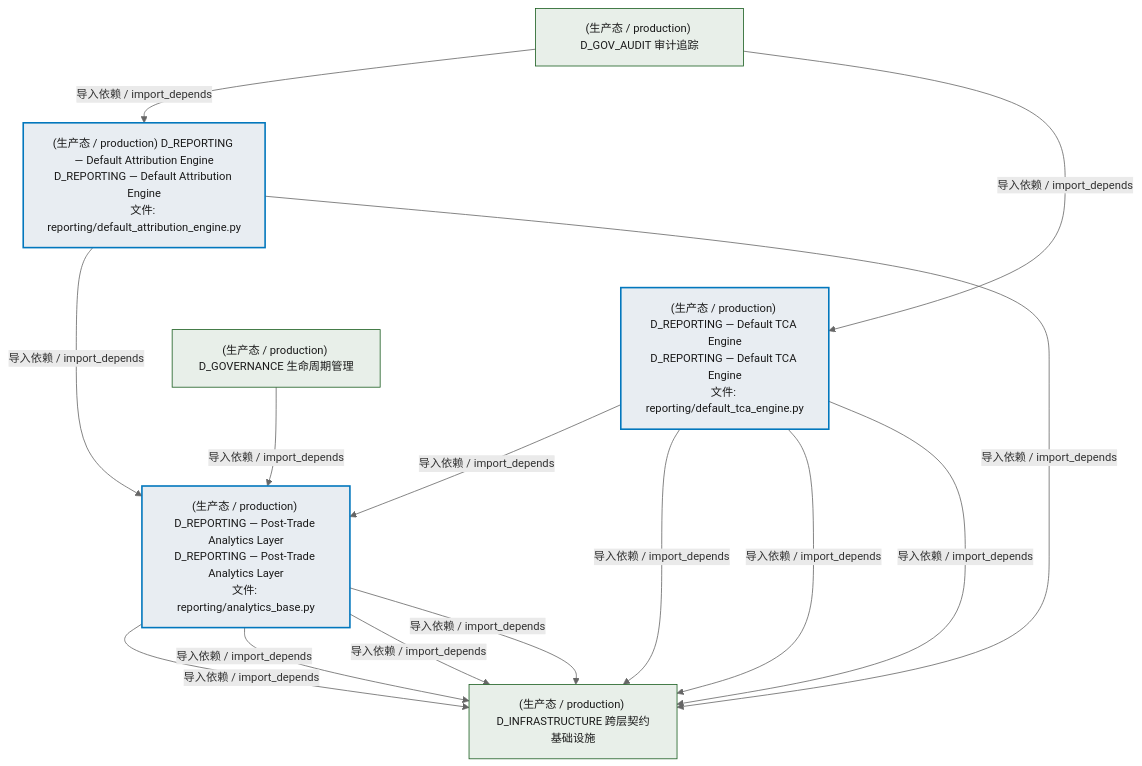
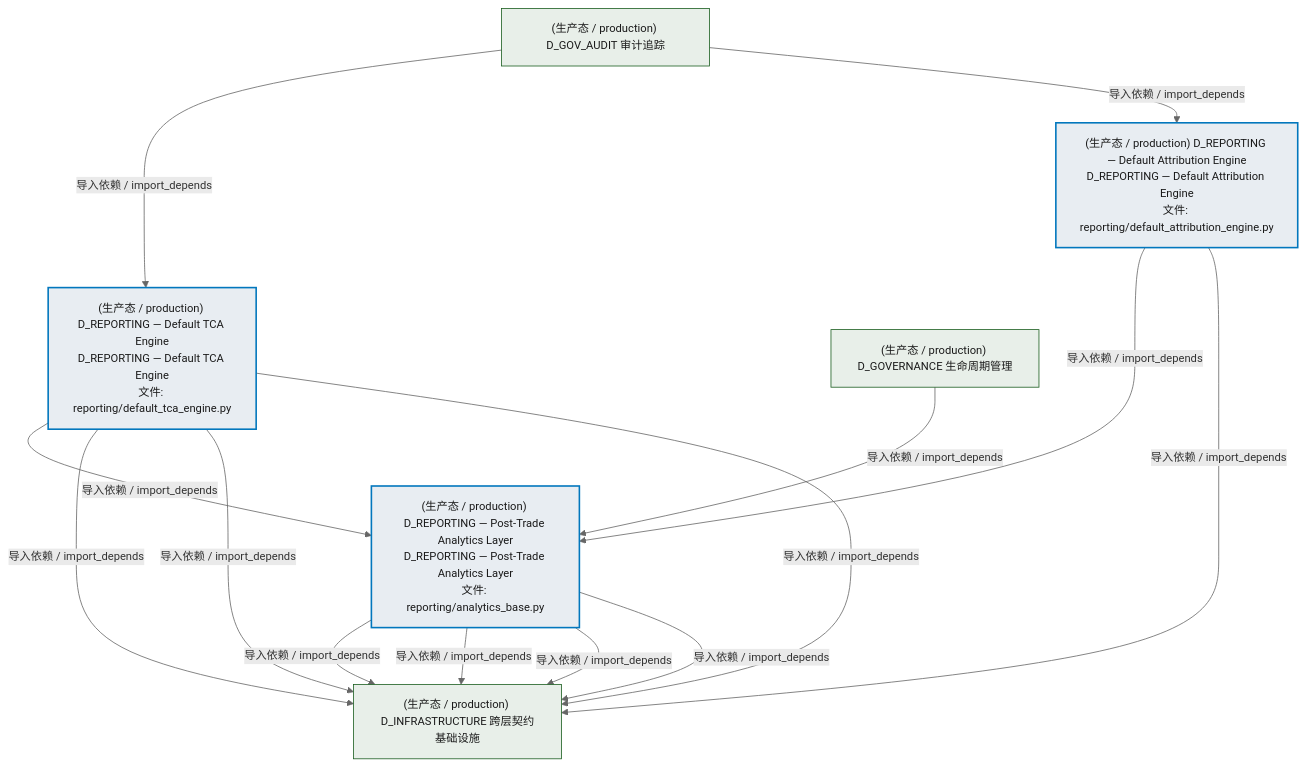
One commit to xuanFelixVan/ZephyrAlpha changed the second of 3 diagrams in docs/02_enterprise_architecture/02_domain_architecture_docs/26_d_reporting.md. Above: the diagram before and after it, drawn with Mermaid. The commit also changed other lines of this file and 41 other files, not shown here.

````diff
--- a/docs/02_enterprise_architecture/02_domain_architecture_docs/26_d_reporting.md
+++ b/docs/02_enterprise_architecture/02_domain_architecture_docs/26_d_reporting.md
@@ -100,30 +100,30 @@
 ```mermaid
 %%{init: {'theme': 'base', 'themeVariables': {'primaryColor': '#eaeaea', 'primaryTextColor': '#333333', 'primaryBorderColor': '#666666', 'lineColor': '#666666', 'secondaryColor': '#eaeaea', 'tertiaryColor': '#eaeaea', 'fontSize': '14px'}}}%%
 flowchart TD
     src_zephyr_reporting_default_attribution_engine_py["(生产态 / production) D_REPORTING — Default Attribution Engine<br/>D_REPORTING — Default Attribution Engine<br/>文件: reporting/default_attribution_engine.py"]
     src_zephyr_reporting_default_tca_engine_py["(生产态 / production) D_REPORTING — Default TCA Engine<br/>D_REPORTING — Default TCA Engine<br/>文件: reporting/default_tca_engine.py"]
     src_zephyr_reporting_default_attribution_engine_py ~~~ src_zephyr_reporting_default_tca_engine_py
     src_zephyr_reporting_analytics_base_py["(生产态 / production) D_REPORTING — Post-Trade Analytics Layer<br/>D_REPORTING — Post-Trade Analytics Layer<br/>文件: reporting/analytics_base.py"]
+    src_zephyr_reporting_default_tca_engine_py -->|导入依赖 / import_depends| src_zephyr_reporting_analytics_base_py
     src_zephyr_reporting_default_attribution_engine_py -->|导入依赖 / import_depends| src_zephyr_reporting_analytics_base_py
-    src_zephyr_reporting_default_tca_engine_py -->|导入依赖 / import_depends| src_zephyr_reporting_analytics_base_py
     D_INFRASTRUCTURE["(生产态 / production) D_INFRASTRUCTURE 跨层契约基础设施"]
     src_zephyr_reporting_default_tca_engine_py -->|导入依赖 / import_depends| D_INFRASTRUCTURE
     src_zephyr_reporting_analytics_base_py -->|导入依赖 / import_depends| D_INFRASTRUCTURE
     src_zephyr_reporting_default_tca_engine_py -->|导入依赖 / import_depends| D_INFRASTRUCTURE
     src_zephyr_reporting_analytics_base_py -->|导入依赖 / import_depends| D_INFRASTRUCTURE
     src_zephyr_reporting_analytics_base_py -->|导入依赖 / import_depends| D_INFRASTRUCTURE
     src_zephyr_reporting_analytics_base_py -->|导入依赖 / import_depends| D_INFRASTRUCTURE
     src_zephyr_reporting_default_attribution_engine_py -->|导入依赖 / import_depends| D_INFRASTRUCTURE
     src_zephyr_reporting_default_tca_engine_py -->|导入依赖 / import_depends| D_INFRASTRUCTURE
     D_GOVERNANCE["(生产态 / production) D_GOVERNANCE 生命周期管理"]
     D_GOVERNANCE -->|导入依赖 / import_depends| src_zephyr_reporting_analytics_base_py
     D_GOV_AUDIT["(生产态 / production) D_GOV_AUDIT 审计追踪"]
+    D_GOV_AUDIT -->|导入依赖 / import_depends| src_zephyr_reporting_default_tca_engine_py
     D_GOV_AUDIT -->|导入依赖 / import_depends| src_zephyr_reporting_default_attribution_engine_py
-    D_GOV_AUDIT -->|导入依赖 / import_depends| src_zephyr_reporting_default_tca_engine_py
     classDef production fill:#e8edf2,stroke:#0277bd,stroke-width:2px,color:#1a1a1a
     classDef design fill:#f0ebe3,stroke:#bf360c,stroke-width:2px,color:#1a1a1a,stroke-dasharray: 5 5
     classDef external_prod fill:#e8efe9,stroke:#1b5e20,stroke-width:1px,color:#1a1a1a
     classDef external_design fill:#efe5ea,stroke:#880e4f,stroke-width:1px,color:#1a1a1a,stroke-dasharray: 5 5
     class src_zephyr_reporting_analytics_base_py,src_zephyr_reporting_default_attribution_engine_py,src_zephyr_reporting_default_tca_engine_py production
     class D_INFRASTRUCTURE,D_GOVERNANCE,D_GOV_AUDIT external_prod
 ```
````
